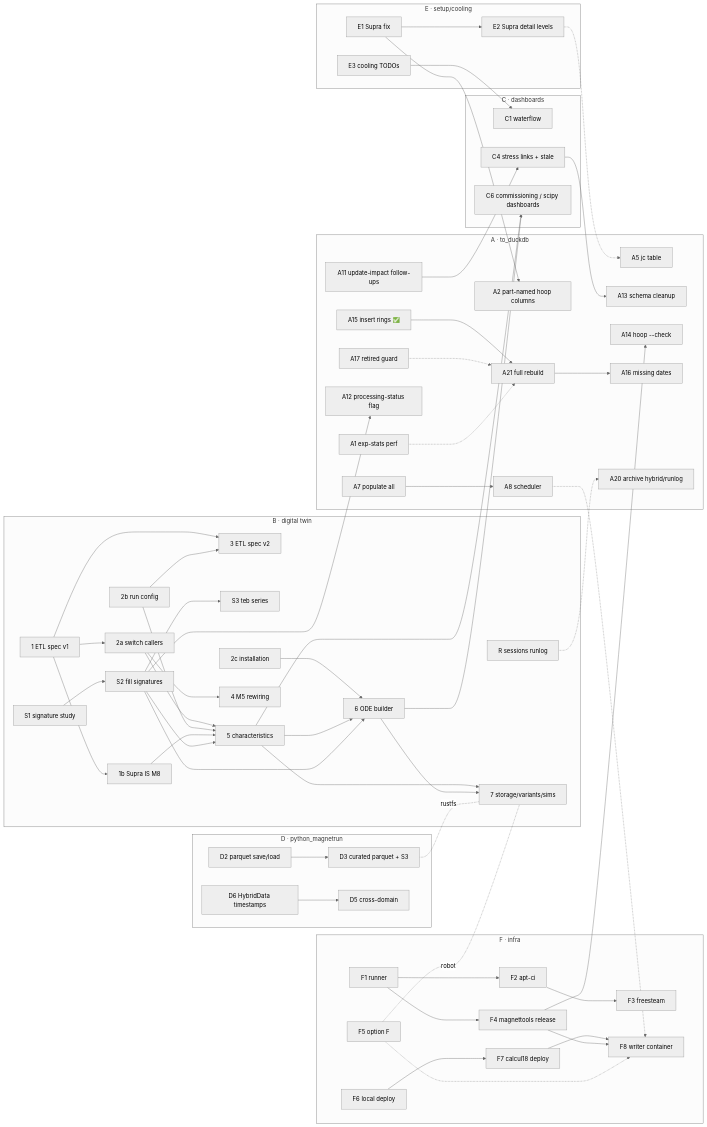
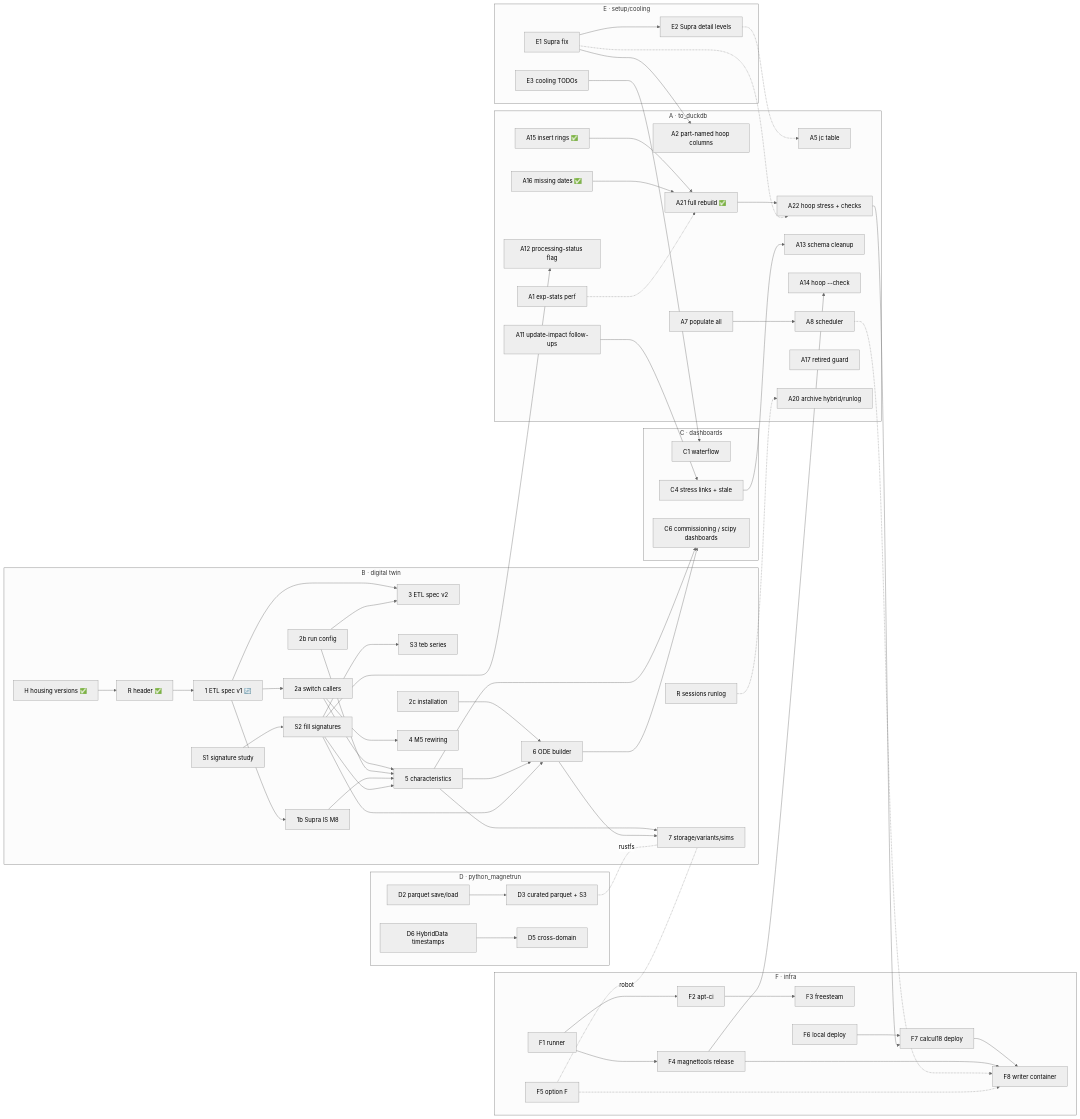
One commit to Trophime/magnetdb-duckdb-demo changed the diagram in ROADMAP.md. Above: the diagram before and after it, drawn with Mermaid (neutral theme). The commit also changed other lines of this file, not shown here.

Commit message:
ROADMAP: 2026-11-05 snapshot (housing versions, ETL v1 parts A/B, rebuild A21 done/A22, b75b6a9 restored, new plans); fix cooling-notes link

````diff
--- a/ROADMAP.md
+++ b/ROADMAP.md
@@ -318,72 +361,76 @@
 ```mermaid
 graph LR
   subgraph F[F · infra]
     F1[F1 runner] --> F2[F2 apt-ci] --> F3[F3 freesteam]
     F1 --> F4[F4 magnettools release]
     F6[F6 local deploy] --> F7[F7 calcul18 deploy] --> F8[F8 writer container]
     F5[F5 option F]
   end
   subgraph E[E · setup/cooling]
     E1[E1 Supra fix] --> E2[E2 Supra detail levels]
     E3[E3 cooling TODOs]
   end
   subgraph A[A · to_duckdb]
     A1[A1 exp-stats perf]
     A2[A2 part-named hoop columns]
     A5[A5 jc table]
     A7[A7 populate all] --> A8[A8 scheduler]
     A11[A11 update-impact follow-ups]
     A12[A12 processing-status flag]
     A13[A13 schema cleanup]
     A14[A14 hoop --check]
-    A15[A15 insert rings ✅] --> A21[A21 full rebuild]
-    A17[A17 retired guard] -.-> A21
-    A21 --> A16[A16 missing dates]
+    A15[A15 insert rings ✅] --> A21[A21 full rebuild ✅]
+    A16[A16 missing dates ✅] --> A21
+    A21 --> A22[A22 hoop stress + checks]
+    A17[A17 retired guard]
     A20[A20 archive hybrid/runlog]
   end
   subgraph B[B · digital twin]
     BR[R sessions runlog]
-    B1[1 ETL spec v1] --> B1b[1b Supra IS M8]
+    BH[H housing versions ✅] --> BRH[R header ✅] --> B1
+    B1[1 ETL spec v1 🔄] --> B1b[1b Supra IS M8]
     B1 --> B2a[2a switch callers]
     B2b[2b run config]
     B1 --> B3[3 ETL spec v2]
     B2b --> B3
     BS1[S1 signature study] --> BS2[S2 fill signatures] --> BS3[S3 teb series]
     B2c[2c installation]
     B2a --> B5[5 characteristics]
     B2b --> B5
     B1b --> B5
     BS2 --> B5
     B2c --> B6[6 ODE builder]
     B5 --> B6
     BS2 --> B6
     B5 --> B7[7 storage/variants/sims]
     B6 --> B7
     B2a --> B4[4 M5 rewiring]
   end
   subgraph C[C · dashboards]
     C1[C1 waterflow]
     C4[C4 stress links + stale]
     C6[C6 commissioning / scipy dashboards]
   end
   subgraph D[D · python_magnetrun]
     D2[D2 parquet save/load] --> D3[D3 curated parquet + S3]
     D6[D6 HybridData timestamps] --> D5[D5 cross-domain]
   end
   E1 --> A2
   E2 -.-> A5
   F4 --> A14
   F4 --> F8
   A1 -.-> A21
+  E1 -.-> A22
+  A22 --> F7
   A8 -.-> F8
   E3 --> C1
   A11 --> C4
   C4 --> A13
   BS2 --> A12
   BR -.-> A20
   B5 --> C6
   B6 --> C6
   D3 -. rustfs .- B7
   F5 -.-> F8
   F5 -. robot .- B7
 ```
````
